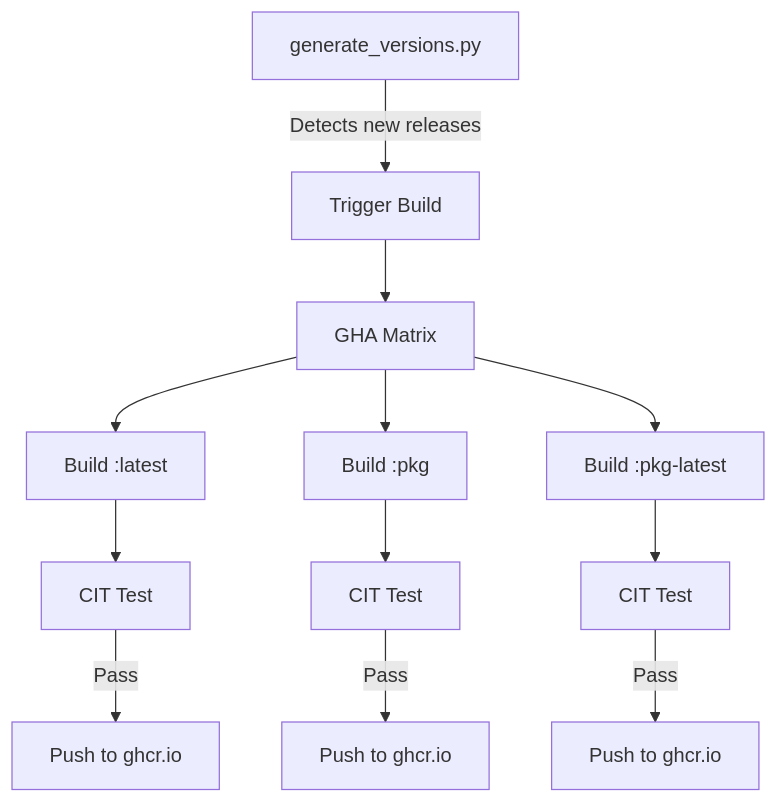
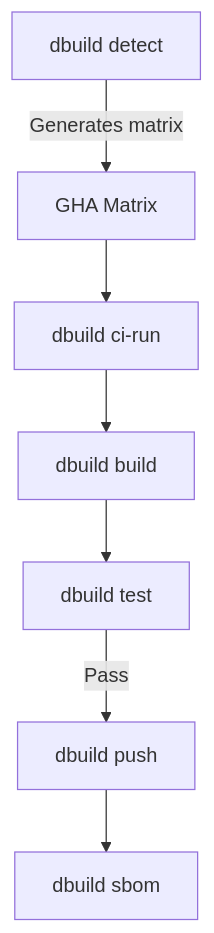
The diagram in docs/guides/ci-cd.md (daemonless/daemonless-io), drawn with Mermaid before and after one commit. The commit also changed other lines of this file and 9 other files, not shown here.

Commit message:
Update site to include dbuild, cit, and contriubing details

````diff
--- a/docs/guides/ci-cd.md
+++ b/docs/guides/ci-cd.md
@@ -22,14 +22,9 @@
 ```mermaid
 flowchart TD
-    A[generate_versions.py] -->|Detects new releases| B[Trigger Build]
-    B --> C[GHA Matrix]
-    C --> D1[Build :latest]
-    C --> D2[Build :pkg]
-    C --> D3[Build :pkg-latest]
-    D1 --> E1[CIT Test]
-    D2 --> E2[CIT Test]
-    D3 --> E3[CIT Test]
-    E1 -->|Pass| F1[Push to ghcr.io]
-    E2 -->|Pass| F2[Push to ghcr.io]
-    E3 -->|Pass| F3[Push to ghcr.io]
+    A[dbuild detect] -->|Generates matrix| B[GHA Matrix]
+    B --> C[dbuild ci-run]
+    C --> D[dbuild build]
+    D --> E[dbuild test]
+    E -->|Pass| F[dbuild push]
+    F --> G[dbuild sbom]
 ```
````
